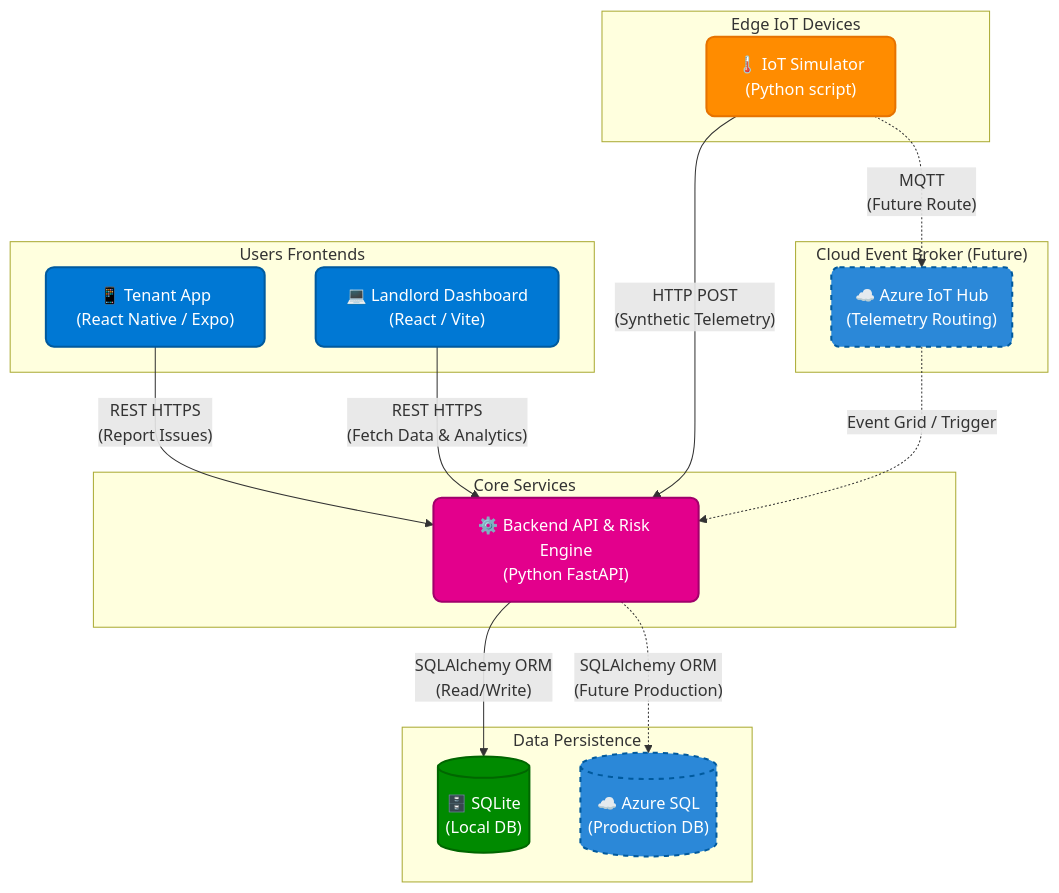
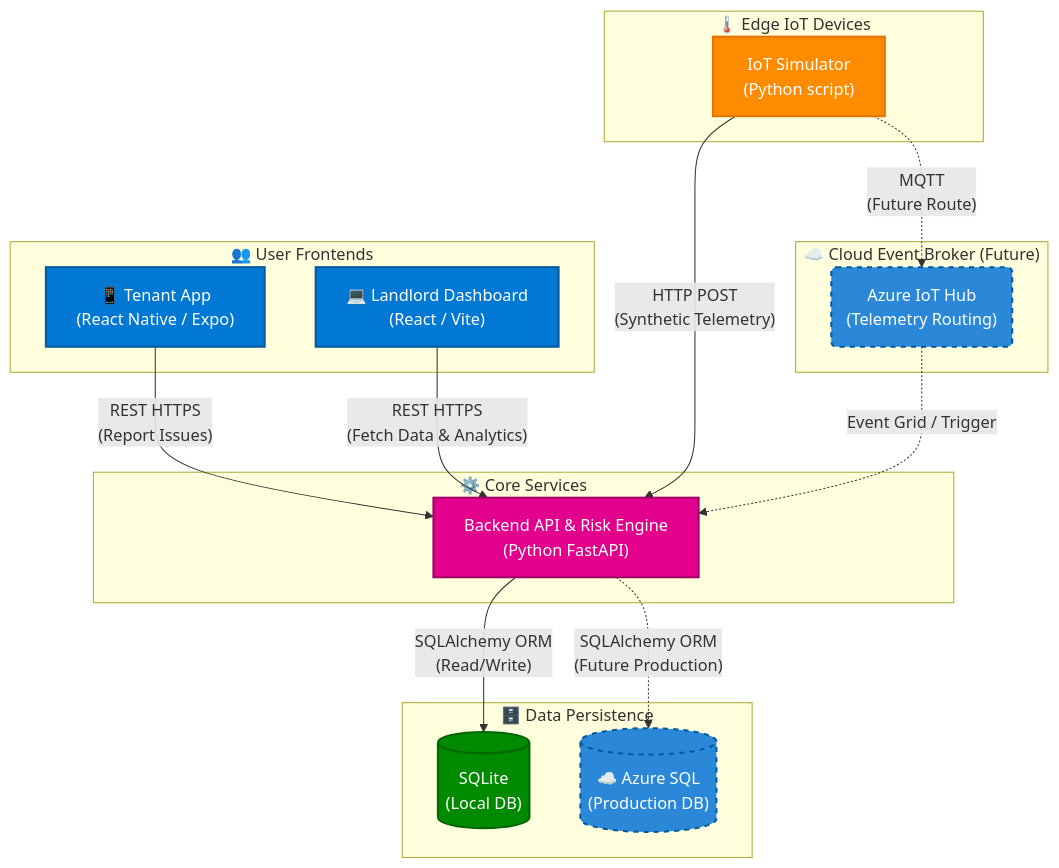
The diagram in README.md (kevinfranklin03/propsense-AI), drawn with Mermaid before and after one commit. The commit also changed other lines of this file, not shown here.

````diff
--- a/README.md
+++ b/README.md
@@ -9,42 +53,39 @@
 ```mermaid
 graph TD
-    %% Define styles
-    classDef client fill:#0078D4,stroke:#005A9E,stroke-width:2px,color:#FFF,rx:8px,ry:8px
-    classDef backend fill:#E3008C,stroke:#A1006B,stroke-width:2px,color:#FFF,rx:8px,ry:8px
-    classDef db fill:#008A00,stroke:#006600,stroke-width:2px,color:#FFF,rx:8px,ry:8px
-    classDef iot fill:#FF8C00,stroke:#E67300,stroke-width:2px,color:#FFF,rx:8px,ry:8px
-    classDef cloud fill:#2B88D8,stroke:#005A9E,stroke-width:2px,color:#FFF,rx:8px,ry:8px,stroke-dasharray: 5 5
+    classDef client fill:#0078D4,stroke:#005A9E,stroke-width:2px,color:#FFF
+    classDef backend fill:#E3008C,stroke:#A1006B,stroke-width:2px,color:#FFF
+    classDef db fill:#008A00,stroke:#006600,stroke-width:2px,color:#FFF
+    classDef iot fill:#FF8C00,stroke:#E67300,stroke-width:2px,color:#FFF
+    classDef cloud fill:#2B88D8,stroke:#005A9E,stroke-width:2px,color:#FFF,stroke-dasharray: 5 5
 
-    %% Nodes
-    subgraph Clients ["Users Frontends"]
-        Mobile["📱 Tenant App<br>(React Native / Expo)"]:::client
-        Web["💻 Landlord Dashboard<br>(React / Vite)"]:::client
+    subgraph Clients ["👥 User Frontends"]
+        Mobile["📱 Tenant App\n(React Native / Expo)"]:::client
+        Web["💻 Landlord Dashboard\n(React / Vite)"]:::client
     end
 
-    subgraph Devices ["Edge IoT Devices"]
-        Sensor["🌡️ IoT Simulator<br>(Python script)"]:::iot
+    subgraph Devices ["🌡️ Edge IoT Devices"]
+        Sensor["IoT Simulator\n(Python script)"]:::iot
     end
 
-    subgraph CoreServices ["Core Services"]
-        API["⚙️ Backend API & Risk Engine<br>(Python FastAPI)"]:::backend
+    subgraph CoreServices ["⚙️ Core Services"]
+        API["Backend API & Risk Engine\n(Python FastAPI)"]:::backend
     end
 
-    subgraph DataLayer ["Data Persistence"]
-        SQLite[("🗄️ SQLite<br>(Local DB)")]:::db
-        AzureSQL[("☁️ Azure SQL<br>(Production DB)")]:::cloud
+    subgraph DataLayer ["🗄️ Data Persistence"]
+        SQLite[("SQLite\n(Local DB)")]:::db
+        AzureSQL[("☁️ Azure SQL\n(Production DB)")]:::cloud
     end
 
-    subgraph CloudMessaging ["Cloud Event Broker (Future)"]
-        IoTHub("☁️ Azure IoT Hub<br>(Telemetry Routing)"):::cloud
+    subgraph CloudMessaging ["☁️ Cloud Event Broker (Future)"]
+        IoTHub("Azure IoT Hub\n(Telemetry Routing)"):::cloud
     end
 
-    %% Connections
     Mobile -- "REST HTTPS\n(Report Issues)" --> API
     Web -- "REST HTTPS\n(Fetch Data & Analytics)" --> API
     Sensor -- "HTTP POST\n(Synthetic Telemetry)" --> API
-    
+
     API -- "SQLAlchemy ORM\n(Read/Write)" --> SQLite
     API -. "SQLAlchemy ORM\n(Future Production)" .-> AzureSQL
     Sensor -. "MQTT\n(Future Route)" .-> IoTHub
     IoTHub -. "Event Grid / Trigger" .-> API
 ```
````
